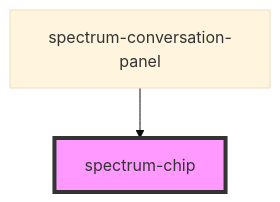
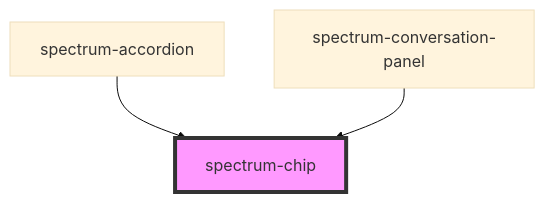
One commit to emamirelar/spectrum changed the diagram in packages/core/src/components/spectrum-chip/readme.md. Above: the diagram before and after it, drawn with Mermaid (base theme). The commit also changed other lines of this file and 16 other files, not shown here.

````diff
--- a/packages/core/src/components/spectrum-chip/readme.md
+++ b/packages/core/src/components/spectrum-chip/readme.md
@@ -47,5 +48,6 @@
 ```mermaid
 graph TD;
+  spectrum-accordion --> spectrum-chip
   spectrum-conversation-panel --> spectrum-chip
   style spectrum-chip fill:#f9f,stroke:#333,stroke-width:4px
 ```
````
